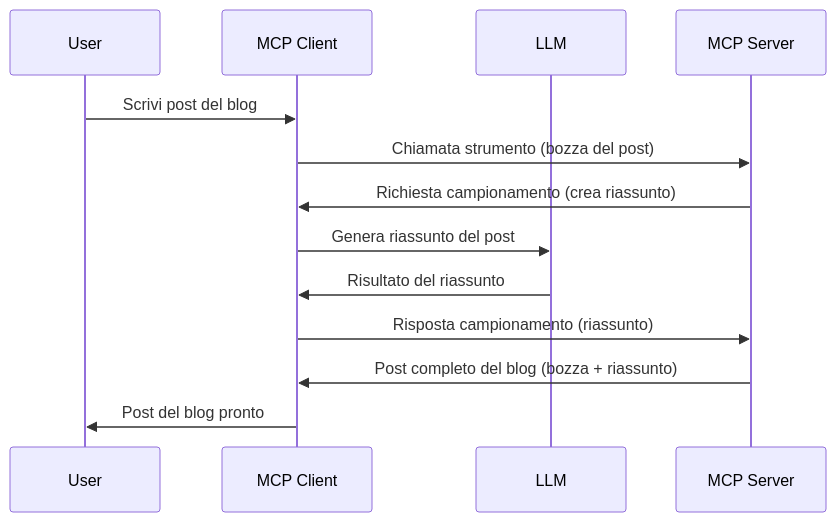
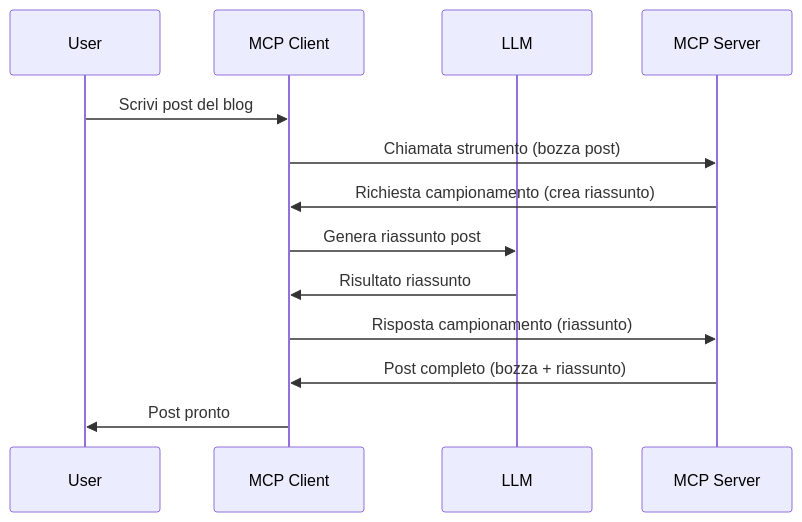
One commit to HIDORAKAI002/ai-workspace-archive changed the diagram in mcp_ecosystem__model_context_protocol/mcp_learning_resources/mcp-for-beginners/translations/it/03-GettingStarted/14-sampling/README.md. Above: the diagram before and after it, drawn with Mermaid. The commit also changed other lines of this file and 1160 other files, not shown here.

````diff
--- a/mcp_ecosystem__model_context_protocol/mcp_learning_resources/mcp-for-beginners/translations/it/03-GettingStarted/14-sampling/README.md
+++ b/mcp_ecosystem__model_context_protocol/mcp_learning_resources/mcp-for-beginners/translations/it/03-GettingStarted/14-sampling/README.md
@@ -23,16 +23,16 @@
 ```mermaid
 sequenceDiagram
     participant User
     participant MCP Client
     participant LLM
     participant MCP Server
 
     User->>MCP Client: Scrivi post del blog
-    MCP Client->>MCP Server: Chiamata strumento (bozza del post)
+    MCP Client->>MCP Server: Chiamata strumento (bozza post)
     MCP Server->>MCP Client: Richiesta campionamento (crea riassunto)
-    MCP Client->>LLM: Genera riassunto del post
-    LLM->>MCP Client: Risultato del riassunto
+    MCP Client->>LLM: Genera riassunto post
+    LLM->>MCP Client: Risultato riassunto
     MCP Client->>MCP Server: Risposta campionamento (riassunto)
-    MCP Server->>MCP Client: Post completo del blog (bozza + riassunto)
-    MCP Client->>User: Post del blog pronto
+    MCP Server->>MCP Client: Post completo (bozza + riassunto)
+    MCP Client->>User: Post pronto
 ```
````
